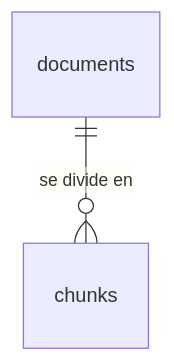
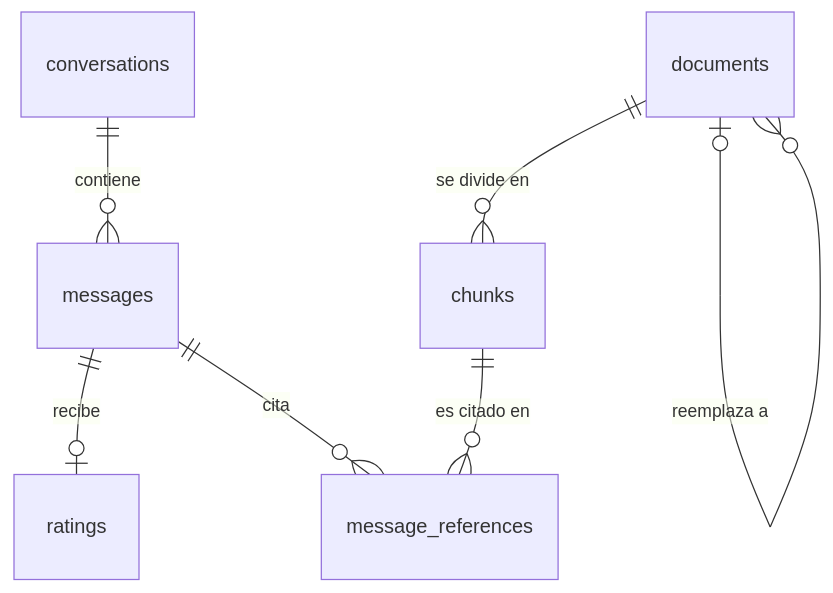
The diagram in README.md (Kev-1729/RAG-Backend-Carabayllo), drawn with Mermaid before and after one commit. The commit also changed other lines of this file, not shown here.

````diff
--- a/README.md
+++ b/README.md
@@ -161,4 +161,9 @@
 ```mermaid
 erDiagram
     documents ||--o{ chunks : "se divide en"
+    documents |o--o{ documents : "reemplaza a"
+    conversations ||--o{ messages : "contiene"
+    messages ||--o| ratings : "recibe"
+    messages ||--o{ message_references : "cita"
+    chunks ||--o{ message_references : "es citado en"
 ```
````
